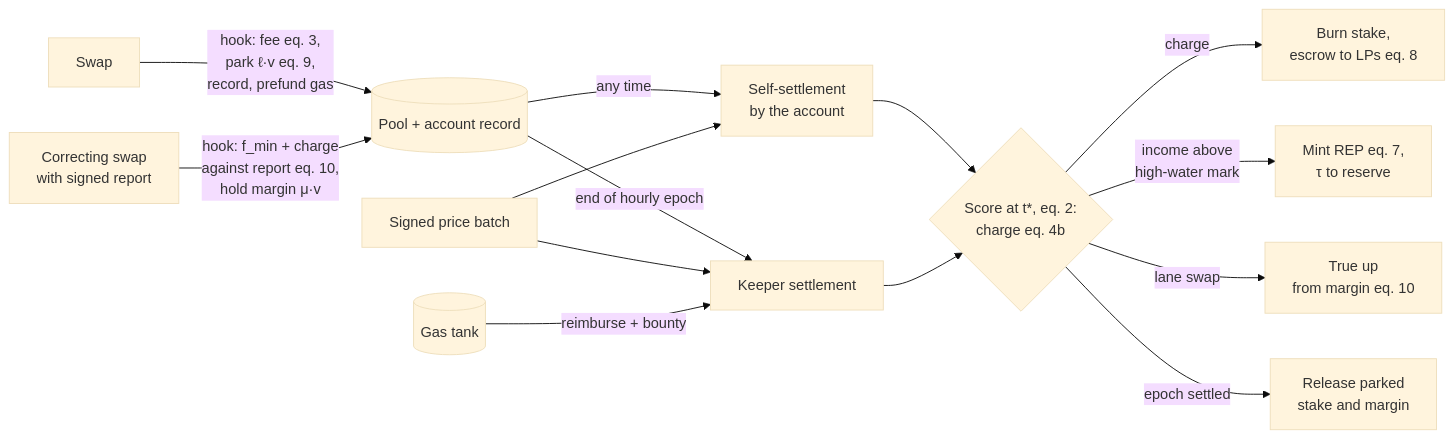
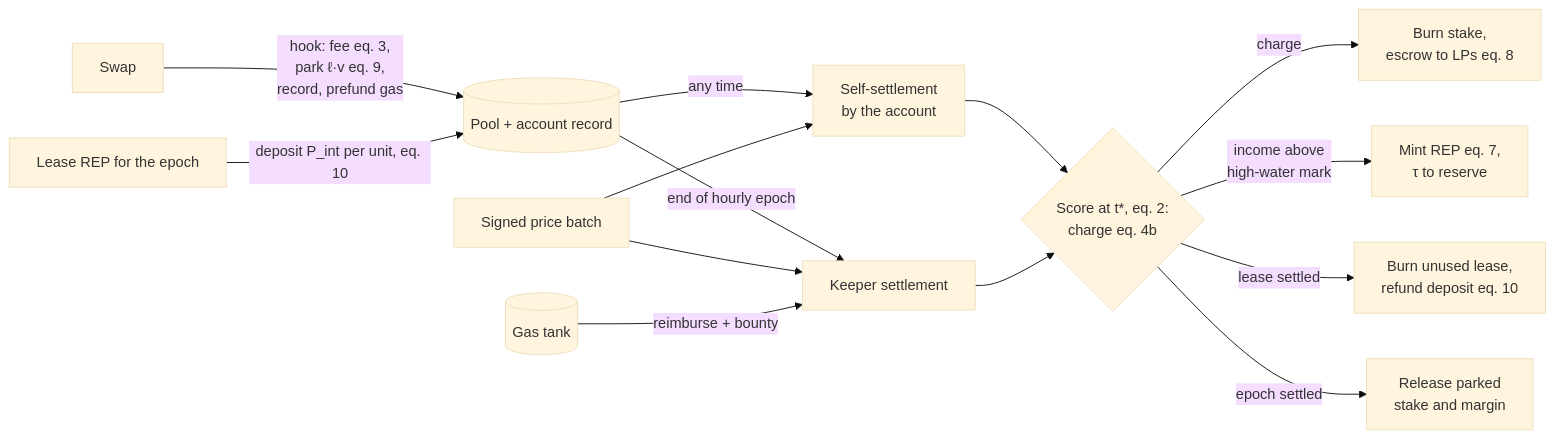
The first of 3 diagrams in paper.md (peersky/ammbro), drawn with Mermaid (base theme) before and after one commit. The commit also changed other lines of this file and 4 other files, not shown here.

First line of the commit message:
docs: REP leased per epoch against deposits replaces the correction lane

````diff
--- a/paper.md
+++ b/paper.md
@@ -81,16 +81,16 @@
 ```mermaid
 flowchart LR
   S[Swap] -->|hook: fee eq. 3,<br/>park ℓ·v eq. 9,<br/>record, prefund gas| P[(Pool + account record)]
-  L[Correcting swap<br/>with signed report] -->|hook: f_min + charge<br/>against report eq. 10,<br/>hold margin μ·v| P
+  L[Lease REP for the epoch] -->|deposit P_int per unit, eq. 10| P
   P -->|any time| SS[Self-settlement<br/>by the account]
   P -->|end of hourly epoch| K[Keeper settlement]
   O[Signed price batch] --> SS
   O --> K
   SS --> R{Score at t*, eq. 2:<br/>charge eq. 4b}
   K --> R
   R -->|charge| B[Burn stake,<br/>escrow to LPs eq. 8]
   R -->|income above<br/>high-water mark| M[Mint REP eq. 7,<br/>τ to reserve]
-  R -->|lane swap| A[True up<br/>from margin eq. 10]
+  R -->|lease settled| A[Burn unused lease,<br/>refund deposit eq. 10]
   R -->|epoch settled| U[Release parked<br/>stake and margin]
   T[(Gas tank)] -->|reimburse + bounty| K
 ```
````
